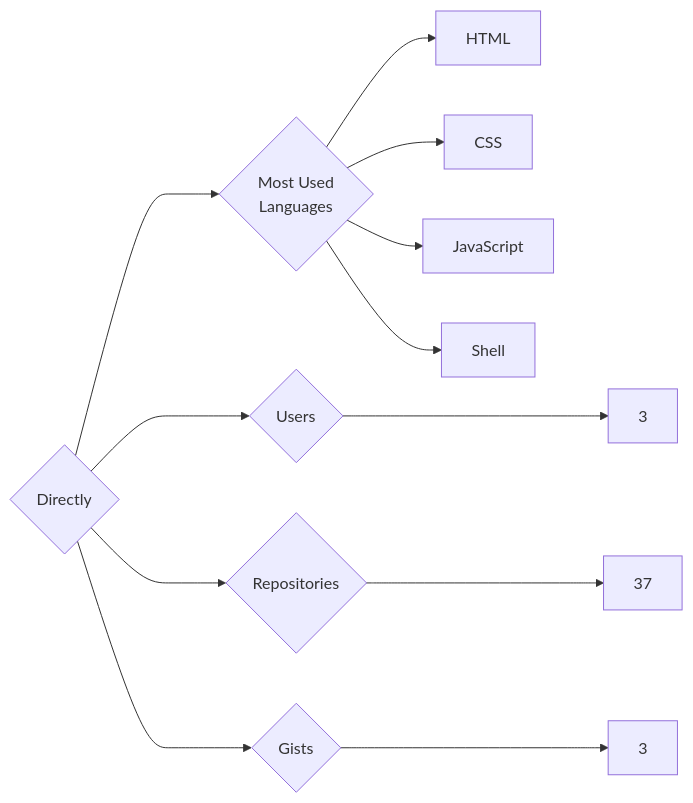
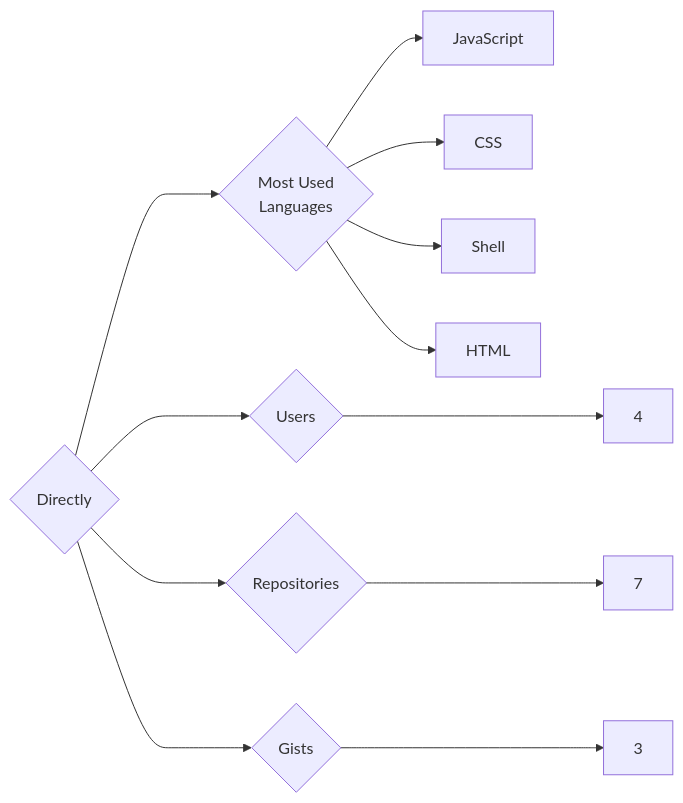
Before and after one commit to trickest/insiders: the diagram in targets/Directly/README.md, drawn with Mermaid. The commit also changed 899 other files, not shown here.

````diff
--- a/targets/Directly/README.md
+++ b/targets/Directly/README.md
@@ -3,12 +3,12 @@
 ```mermaid
 graph LR
 COMPANY_NAME{Directly}
-COMPANY_NAME ---> U{Users} ---> UN[3]
-COMPANY_NAME ---> R{Repositories} ---> RN[37]
+COMPANY_NAME ---> U{Users} ---> UN[4]
+COMPANY_NAME ---> R{Repositories} ---> RN[7]
 COMPANY_NAME ---> G{Gists} ---> GN[3]
 COMPANY_NAME ---> ML{Most Used<br>Languages}
+ML --> JavaScript[JavaScript]
+ML --> CSS[CSS]
+ML --> Shell[Shell]
 ML --> HTML[HTML]
-ML --> CSS[CSS]
-ML --> JavaScript[JavaScript]
-ML --> Shell[Shell]
 ```
````
